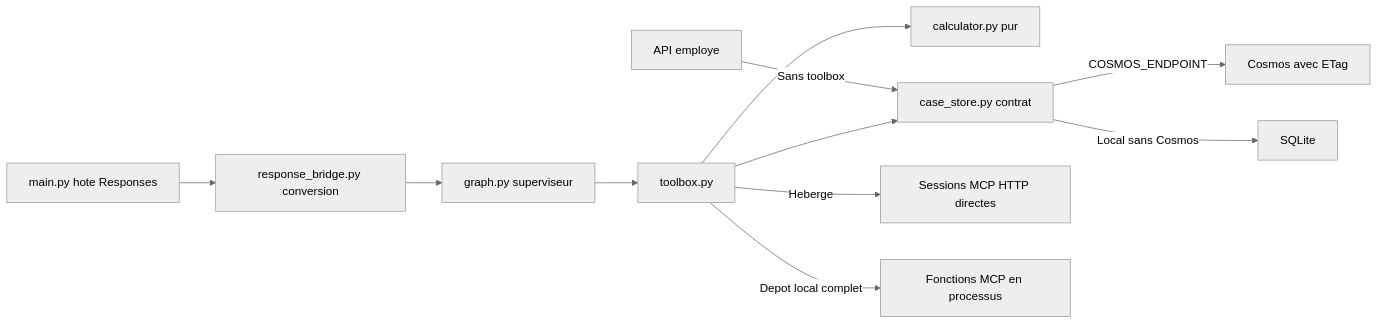
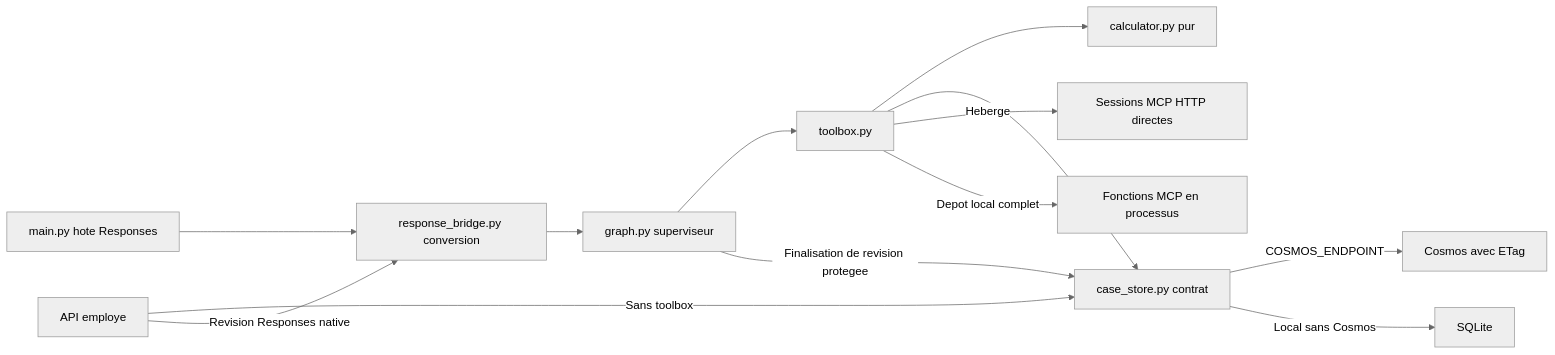
Before and after one commit to devopsabcs-engineering/foundry-hosted-agents-fsi: the second of 7 diagrams in docs/fr/architecture.md, drawn with Mermaid (neutral theme). The commit also changed other lines of this file and 38 other files, not shown here.

````diff
--- a/docs/fr/architecture.md
+++ b/docs/fr/architecture.md
@@ -85,13 +92,15 @@
 ```mermaid
 flowchart LR
     GMain["main.py hote Responses"] --> GBridge["response_bridge.py conversion"]
     GBridge --> GGraph["graph.py superviseur"]
     GGraph --> GTools["toolbox.py"]
     GTools --> GCalc["calculator.py pur"]
     GTools --> GStore["case_store.py contrat"]
     GTools -->|"Heberge"| GRemote["Sessions MCP HTTP directes"]
     GTools -->|"Depot local complet"| GLocal["Fonctions MCP en processus"]
     GReviewer["API employe"] -->|"Sans toolbox"| GStore
+    GReviewer -->|"Revision Responses native"| GBridge
+    GGraph -->|"Finalisation de revision protegee"| GStore
     GStore -->|"COSMOS_ENDPOINT"| GCosmos["Cosmos avec ETag"]
     GStore -->|"Local sans Cosmos"| GSQLite["SQLite"]
 ```
````
